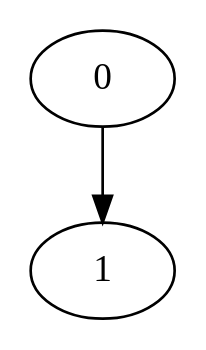
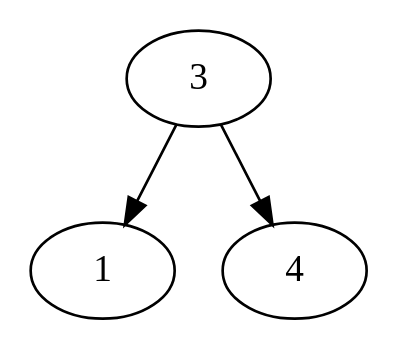
The diagram in src/systemtest/resources/mapFiles/non-UniqueVertex.dot (sleeepyskies/saarvive-selab23), drawn with Graphviz before and after one commit. The commit also changed 27 other files, not shown here.

```diff
--- a/src/systemtest/resources/mapFiles/non-UniqueVertex.dot
+++ b/src/systemtest/resources/mapFiles/non-UniqueVertex.dot
@@ -1,8 +1,9 @@
 digraph G {
-	0;
-	0;
+	3;
 	1;
+	1;
+	4;
 
-	0 -> 1 [village=Muelheim_an_der_Ruhr; name=Bridge_Street; heightLimit=3; weight=10; primaryType=mainStreet; secondaryType=none;];
-
+	3 -> 1 [village=Muelheim_an_der_Ruhr; name=Bridge_Street; heightLimit=3; weight=10; primaryType=mainStreet; secondaryType=none;];
+	3 -> 4 [village=Muelheim_an_der_Ruhr; name=Umama_Street; heightLimit=3; weight=10; primaryType=sideStreet; secondaryType=none;];
 }
```
